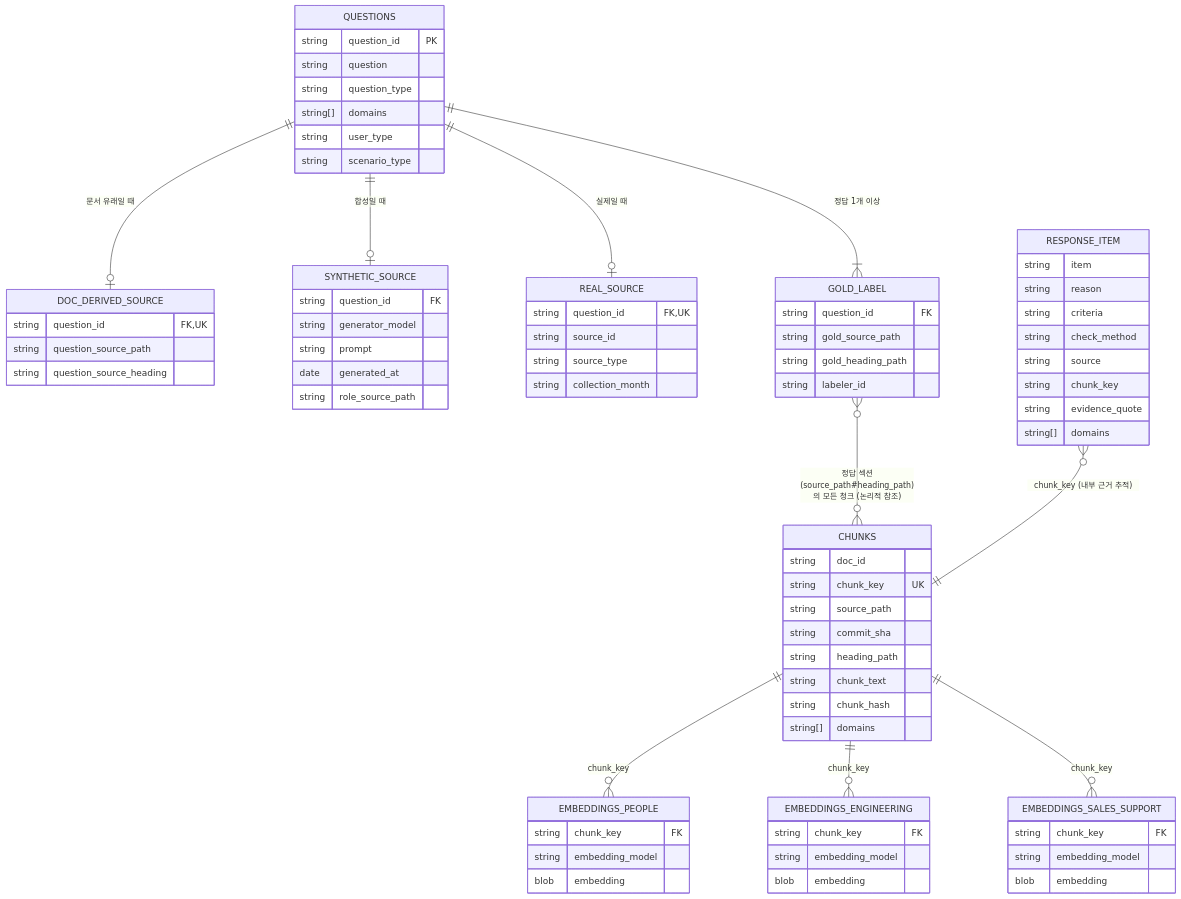
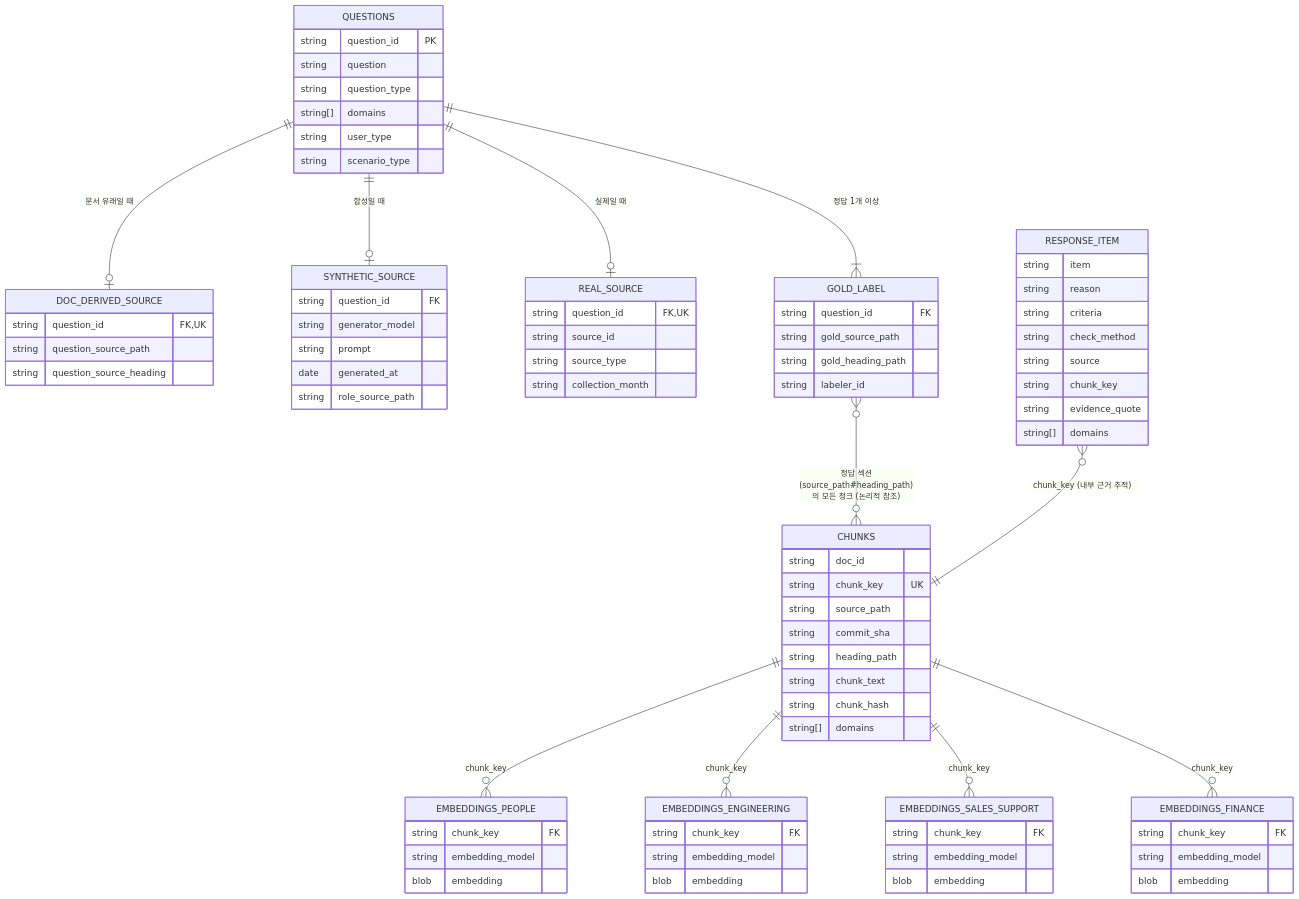
The diagram in docs/ERD.md (jh3779/recall-casebook), drawn with Mermaid before and after one commit. The commit also changed 5 other files, not shown here.

```diff
--- a/docs/ERD.md
+++ b/docs/ERD.md
@@ -27,6 +27,11 @@
         blob embedding
     }
     EMBEDDINGS_SALES_SUPPORT {
+        string chunk_key FK
+        string embedding_model
+        blob embedding
+    }
+    EMBEDDINGS_FINANCE {
         string chunk_key FK
         string embedding_model
         blob embedding
@@ -77,6 +82,7 @@
     CHUNKS ||--o{ EMBEDDINGS_PEOPLE : "chunk_key"
     CHUNKS ||--o{ EMBEDDINGS_ENGINEERING : "chunk_key"
     CHUNKS ||--o{ EMBEDDINGS_SALES_SUPPORT : "chunk_key"
+    CHUNKS ||--o{ EMBEDDINGS_FINANCE : "chunk_key"
     QUESTIONS ||--o| DOC_DERIVED_SOURCE : "문서 유래일 때"
     QUESTIONS ||--o| SYNTHETIC_SOURCE : "합성일 때"
     QUESTIONS ||--o| REAL_SOURCE : "실제일 때"
```
